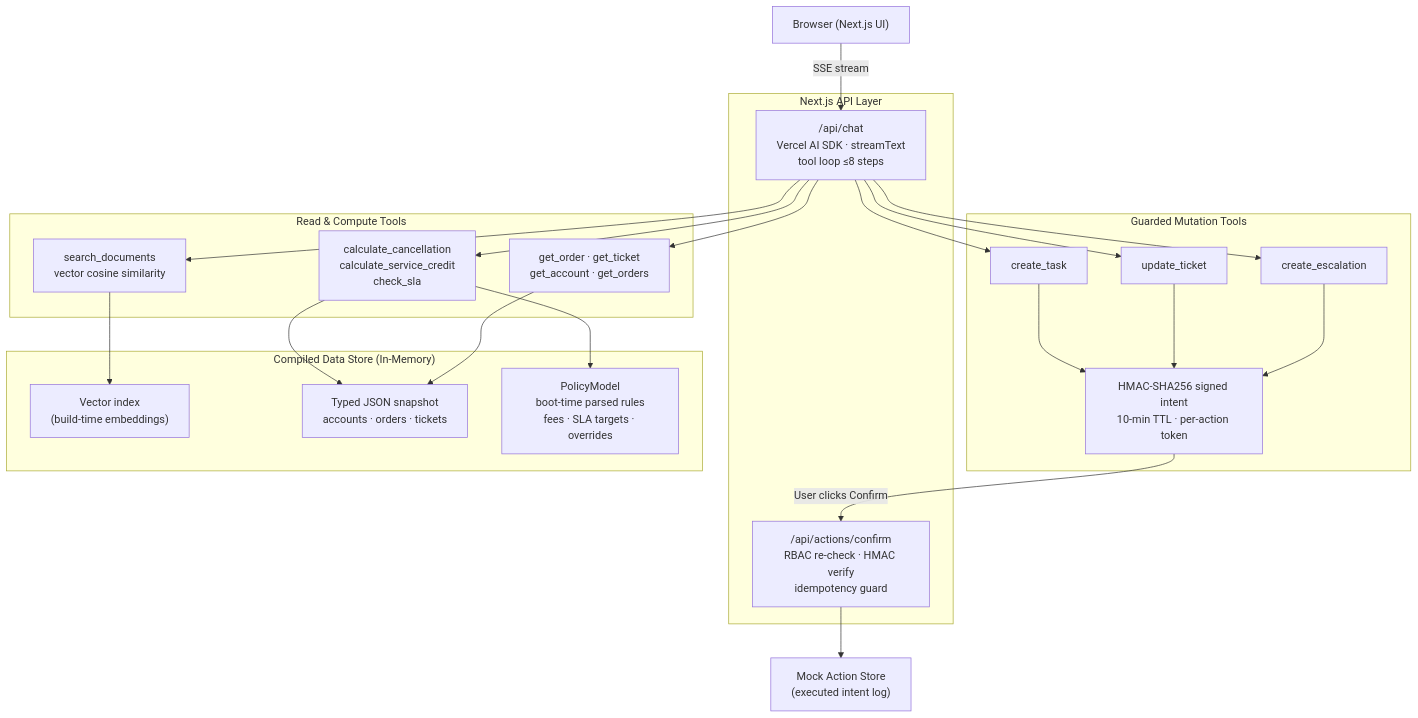
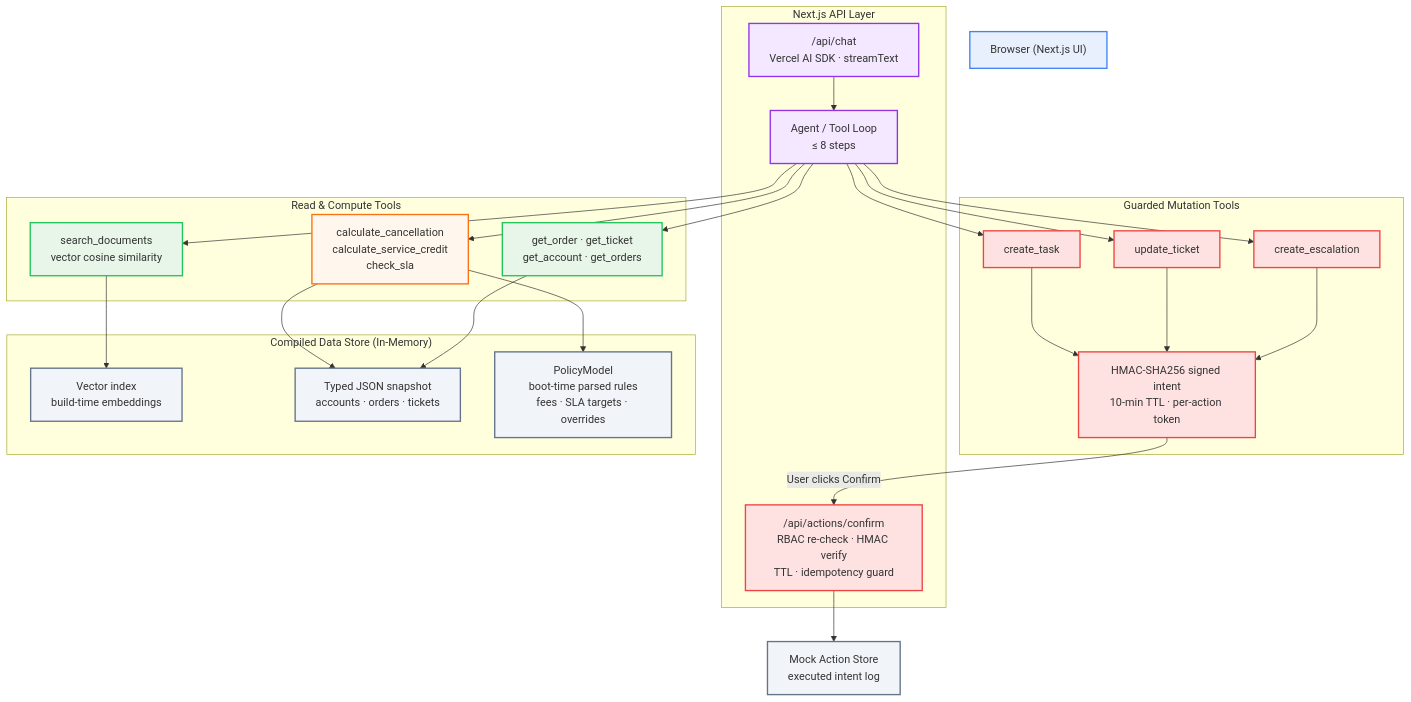
The diagram in ARCHITECTURE.md (Sidharth-06/ParcelPilot), drawn with Mermaid before and after one commit. The commit also changed other lines of this file, not shown here.

````diff
--- a/ARCHITECTURE.md
+++ b/ARCHITECTURE.md
@@ -5,50 +7,66 @@
 ```mermaid
 flowchart TD
     Browser["Browser (Next.js UI)"]
 
     subgraph API ["Next.js API Layer"]
-        Chat["/api/chat\nVercel AI SDK · streamText\ntool loop ≤8 steps"]
-        Confirm["/api/actions/confirm\nRBAC re-check · HMAC verify\nidempotency guard"]
+        Chat["/api/chat<br/>Vercel AI SDK · streamText"]
+        Agent["Agent / Tool Loop<br/>≤ 8 steps"]
+        Confirm["/api/actions/confirm<br/>RBAC re-check · HMAC verify<br/>TTL · idempotency guard"]
+
+        Chat --> Agent
     end
 
     subgraph ReadLayer ["Read & Compute Tools"]
-        SearchDocs["search_documents\nvector cosine similarity"]
-        StructuredLookup["get_order · get_ticket\nget_account · get_orders"]
-        Engines["calculate_cancellation\ncalculate_service_credit\ncheck_sla"]
+        SearchDocs["search_documents<br/>vector cosine similarity"]
+        StructuredLookup["get_order · get_ticket<br/>get_account · get_orders"]
+        Engines["calculate_cancellation<br/>calculate_service_credit<br/>check_sla"]
     end
 
     subgraph MutationLayer ["Guarded Mutation Tools"]
         CreateEsc["create_escalation"]
         UpdateTicket["update_ticket"]
         CreateTask["create_task"]
-        IntentCard["HMAC-SHA256 signed intent\n10-min TTL · per-action token"]
+        IntentCard["HMAC-SHA256 signed intent<br/>10-min TTL · per-action token"]
     end
 
     subgraph DataStore ["Compiled Data Store (In-Memory)"]
-        VectorIndex["Vector index\n(build-time embeddings)"]
-        StructuredData["Typed JSON snapshot\naccounts · orders · tickets"]
-        PolicyModel["PolicyModel\nboot-time parsed rules\nfees · SLA targets · overrides"]
+        VectorIndex["Vector index<br/>build-time embeddings"]
+        StructuredData["Typed JSON snapshot<br/>accounts · orders · tickets"]
+        PolicyModel["PolicyModel<br/>boot-time parsed rules<br/>fees · SLA targets · overrides"]
     end
 
-    MockStore["Mock Action Store\n(executed intent log)"]
+    MockStore["Mock Action Store<br/>executed intent log"]
 
-    Browser -->|SSE stream| Chat
-    Chat --> SearchDocs
-    Chat --> StructuredLookup
-    Chat --> Engines
-    Chat --> CreateEsc
-    Chat --> UpdateTicket
-    Chat --> CreateTask
+    Agent --> SearchDocs
+    Agent --> StructuredLookup
+    Agent --> Engines
+    Agent --> CreateEsc
+    Agent --> UpdateTicket
+    Agent --> CreateTask
 
     CreateEsc --> IntentCard
     UpdateTicket --> IntentCard
     CreateTask --> IntentCard
 
     IntentCard -->|User clicks Confirm| Confirm
     Confirm --> MockStore
 
     SearchDocs --> VectorIndex
     StructuredLookup --> StructuredData
     Engines --> PolicyModel
     Engines --> StructuredData
+
+    classDef user fill:#E8F0FE,stroke:#4285F4,stroke-width:2px
+    classDef agent fill:#F3E8FF,stroke:#9333EA,stroke-width:2px
+    classDef read fill:#E8F5E9,stroke:#22C55E,stroke-width:2px
+    classDef compute fill:#FFF7ED,stroke:#F97316,stroke-width:2px
+    classDef security fill:#FEE2E2,stroke:#EF4444,stroke-width:2px
+    classDef data fill:#F1F5F9,stroke:#64748B,stroke-width:2px
+
+    class Browser user
+    class Chat,Agent agent
+    class SearchDocs,StructuredLookup read
+    class Engines compute
+    class CreateEsc,UpdateTicket,CreateTask,IntentCard,Confirm security
+    class VectorIndex,StructuredData,PolicyModel,MockStore data
 ```
````
